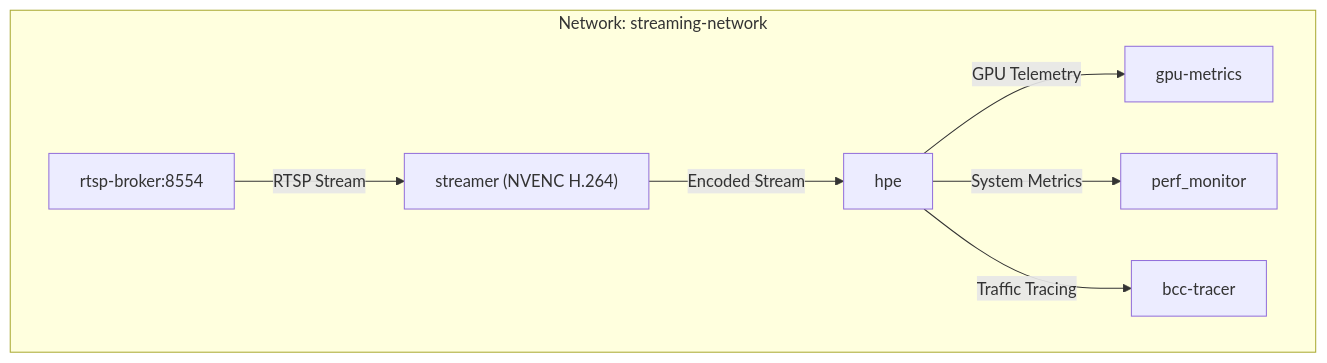
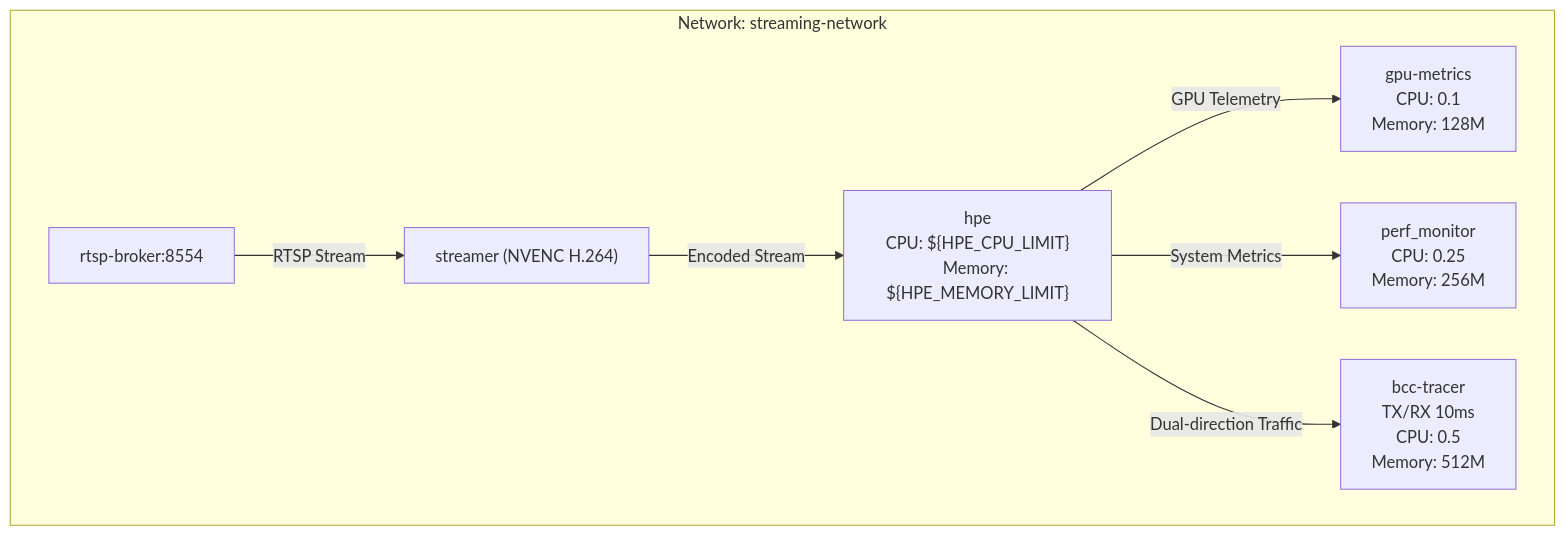
The second of 3 diagrams in .qoder/repowiki/en/content/Deployment Infrastructure/Containerization and Docker Configuration.md (Fogus-Gr/MeasurementsDTs), drawn with Mermaid before and after one commit. The commit also changed other lines of this file and 14 other files, not shown here.

````diff
--- a/.qoder/repowiki/en/content/Deployment Infrastructure/Containerization and Docker Configuration.md
+++ b/.qoder/repowiki/en/content/Deployment Infrastructure/Containerization and Docker Configuration.md
@@ -165,16 +183,16 @@
 ```mermaid
 graph TB
 subgraph "Network: streaming-network"
 BROKER["rtsp-broker:8554"]
 STREAMER["streamer (NVENC H.264)"]
-H["hpe"]
-G["gpu-metrics"]
-P["perf_monitor"]
-T["bcc-tracer"]
+H["hpe<br/>CPU: ${HPE_CPU_LIMIT}<br/>Memory: ${HPE_MEMORY_LIMIT}"]
+G["gpu-metrics<br/>CPU: 0.1<br/>Memory: 128M"]
+P["perf_monitor<br/>CPU: 0.25<br/>Memory: 256M"]
+T["bcc-tracer<br/>TX/RX 10ms<br/>CPU: 0.5<br/>Memory: 512M"]
 end
 BROKER --> |"RTSP Stream"| STREAMER
 STREAMER --> |"Encoded Stream"| H
 H --> |"GPU Telemetry"| G
 H --> |"System Metrics"| P
-H --> |"Traffic Tracing"| T
+H --> |"Dual-direction Traffic"| T
 ```
````
